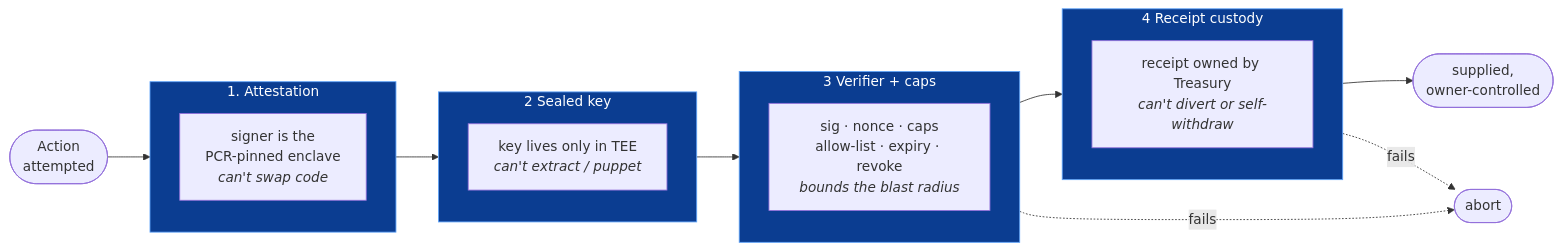
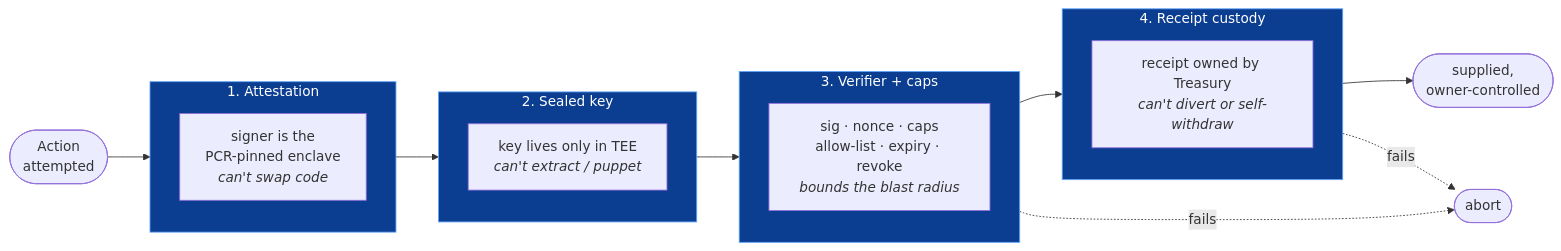
One commit to speedxgul/looping-agent changed the sixth of 9 diagrams in docs/treasury-agent-design.md. Above: the diagram before and after it, drawn with Mermaid. The commit also changed 7 other files, not shown here.

````diff
--- a/docs/treasury-agent-design.md
+++ b/docs/treasury-agent-design.md
@@ -393,21 +393,21 @@
 ```mermaid
 flowchart LR
     A(["Action<br/>attempted"]) --> L1
     subgraph L1["1. Attestation"]
         d1["signer is the<br/>PCR-pinned enclave<br/><i>can't swap code</i>"]
     end
-    subgraph L2["2 Sealed key"]
+    subgraph L2["2. Sealed key"]
         d2["key lives only in TEE<br/><i>can't extract / puppet</i>"]
     end
-    subgraph L3["3 Verifier + caps"]
+    subgraph L3["3. Verifier + caps"]
         d3["sig · nonce · caps<br/>allow-list · expiry · revoke<br/><i>bounds the blast radius</i>"]
     end
-    subgraph L4["4 Receipt custody"]
+    subgraph L4["4. Receipt custody"]
         d4["receipt owned by Treasury<br/><i>can't divert or self-withdraw</i>"]
     end
     L1 --> L2 --> L3 --> L4 --> OK(["supplied,<br/>owner-controlled"])
     L3 -. "fails" .-> STOP(["abort"])
     L4 -. "fails" .-> STOP
     classDef layer fill:#0b3d91,stroke:#60a5fa,color:#fff;
     class L1,L2,L3,L4 layer;
 ```
````
